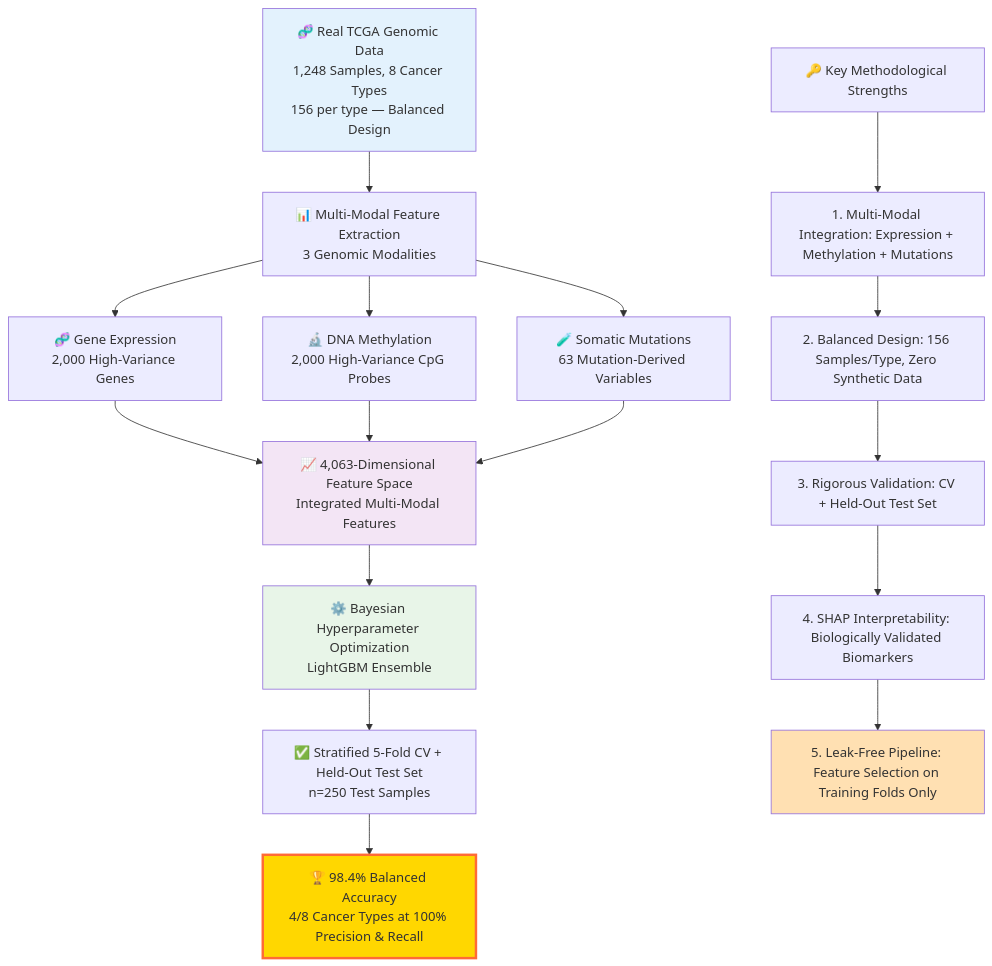
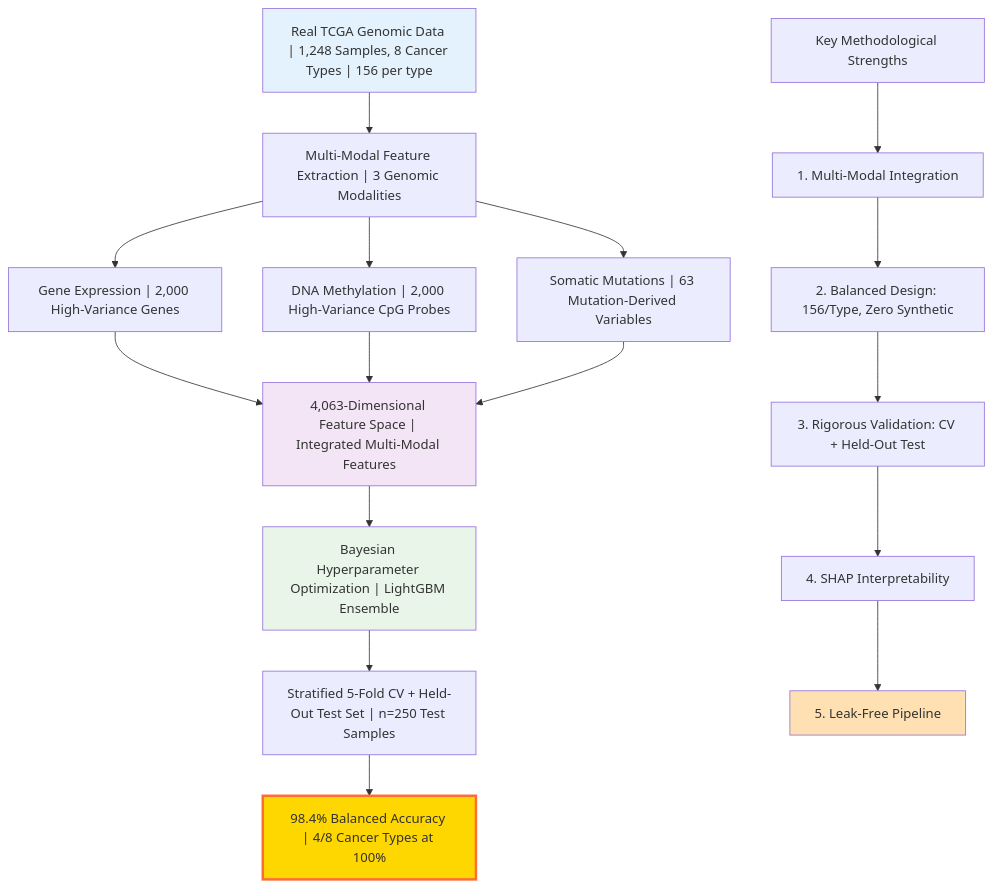
Before and after one commit to rstil2/cancer-alpha: the first of 2 diagrams in README.md, drawn with Mermaid. The commit also changed other lines of this file, not shown here.

First line of the commit message:
Fix Mermaid diagrams: remove emojis from node labels for GitHub rendering

````diff
--- a/README.md
+++ b/README.md
@@ -109,25 +109,25 @@
 ```mermaid
 flowchart TD
-    A[🧬 Real TCGA Genomic Data<br/>1,248 Samples, 8 Cancer Types<br/>156 per type — Balanced Design] --> B[📊 Multi-Modal Feature Extraction<br/>3 Genomic Modalities]
-    B --> B1[🧬 Gene Expression<br/>2,000 High-Variance Genes]
-    B --> B2[🔬 DNA Methylation<br/>2,000 High-Variance CpG Probes]
-    B --> B3[🧪 Somatic Mutations<br/>63 Mutation-Derived Variables]
-    B1 --> C[📈 4,063-Dimensional Feature Space<br/>Integrated Multi-Modal Features]
+    A["Real TCGA Genomic Data | 1,248 Samples, 8 Cancer Types | 156 per type"] --> B["Multi-Modal Feature Extraction | 3 Genomic Modalities"]
+    B --> B1["Gene Expression | 2,000 High-Variance Genes"]
+    B --> B2["DNA Methylation | 2,000 High-Variance CpG Probes"]
+    B --> B3["Somatic Mutations | 63 Mutation-Derived Variables"]
+    B1 --> C["4,063-Dimensional Feature Space | Integrated Multi-Modal Features"]
     B2 --> C
     B3 --> C
-    C --> D[⚙️ Bayesian Hyperparameter Optimization<br/>LightGBM Ensemble]
-    D --> E[✅ Stratified 5-Fold CV + Held-Out Test Set<br/>n=250 Test Samples]
-    E --> F[🏆 98.4% Balanced Accuracy<br/>4/8 Cancer Types at 100% Precision & Recall]
-    
-    G[🔑 Key Methodological Strengths] --> H[1. Multi-Modal Integration: Expression + Methylation + Mutations]
-    H --> I[2. Balanced Design: 156 Samples/Type, Zero Synthetic Data]
-    I --> J[3. Rigorous Validation: CV + Held-Out Test Set]
-    J --> K[4. SHAP Interpretability: Biologically Validated Biomarkers]
-    K --> L[5. Leak-Free Pipeline: Feature Selection on Training Folds Only]
-    
+    C --> D["Bayesian Hyperparameter Optimization | LightGBM Ensemble"]
+    D --> E["Stratified 5-Fold CV + Held-Out Test Set | n=250 Test Samples"]
+    E --> F["98.4% Balanced Accuracy | 4/8 Cancer Types at 100%"]
+
+    G["Key Methodological Strengths"] --> H["1. Multi-Modal Integration"]
+    H --> I["2. Balanced Design: 156/Type, Zero Synthetic"]
+    I --> J["3. Rigorous Validation: CV + Held-Out Test"]
+    J --> K["4. SHAP Interpretability"]
+    K --> L["5. Leak-Free Pipeline"]
+
     style F fill:#FFD700,stroke:#FF6B35,stroke-width:3px
     style A fill:#E3F2FD
     style C fill:#F3E5F5
     style D fill:#E8F5E8
     style L fill:#FFE0B2
 ```
````
